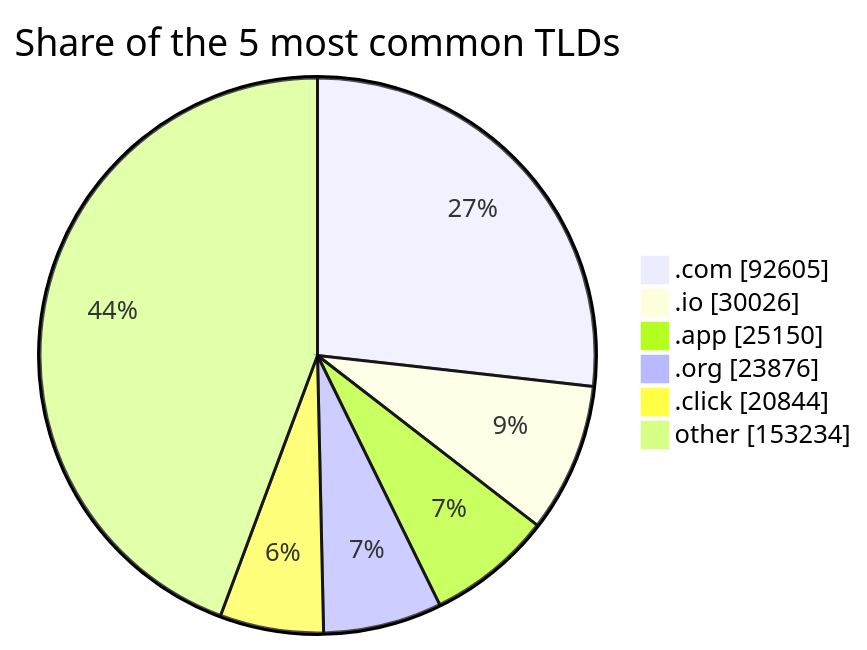
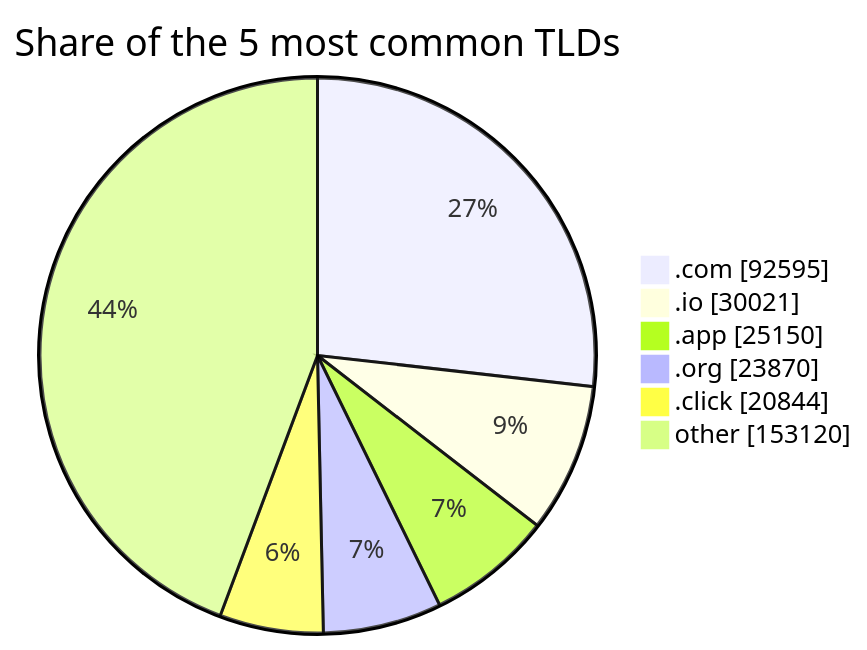
One commit to DNSBunker/CTI changed the third of 3 diagrams in README.md. Above: the diagram before and after it, drawn with Mermaid. The commit also changed other lines of this file and 4 other files, not shown here.

````diff
--- a/README.md
+++ b/README.md
@@ -81,9 +81,9 @@
 ```mermaid
 pie showData title Share of the 5 most common TLDs
-    ".com" : 92605
-    ".io" : 30026
+    ".com" : 92595
+    ".io" : 30021
     ".app" : 25150
-    ".org" : 23876
+    ".org" : 23870
     ".click" : 20844
-    "other" : 153234
+    "other" : 153120
 ```
````
